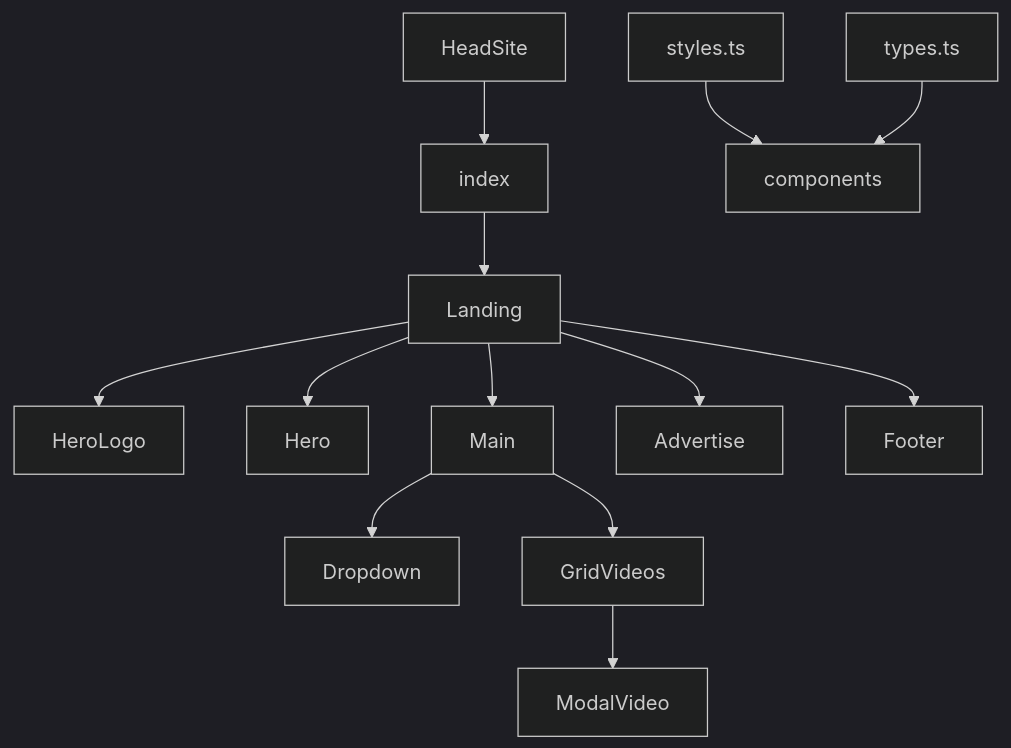
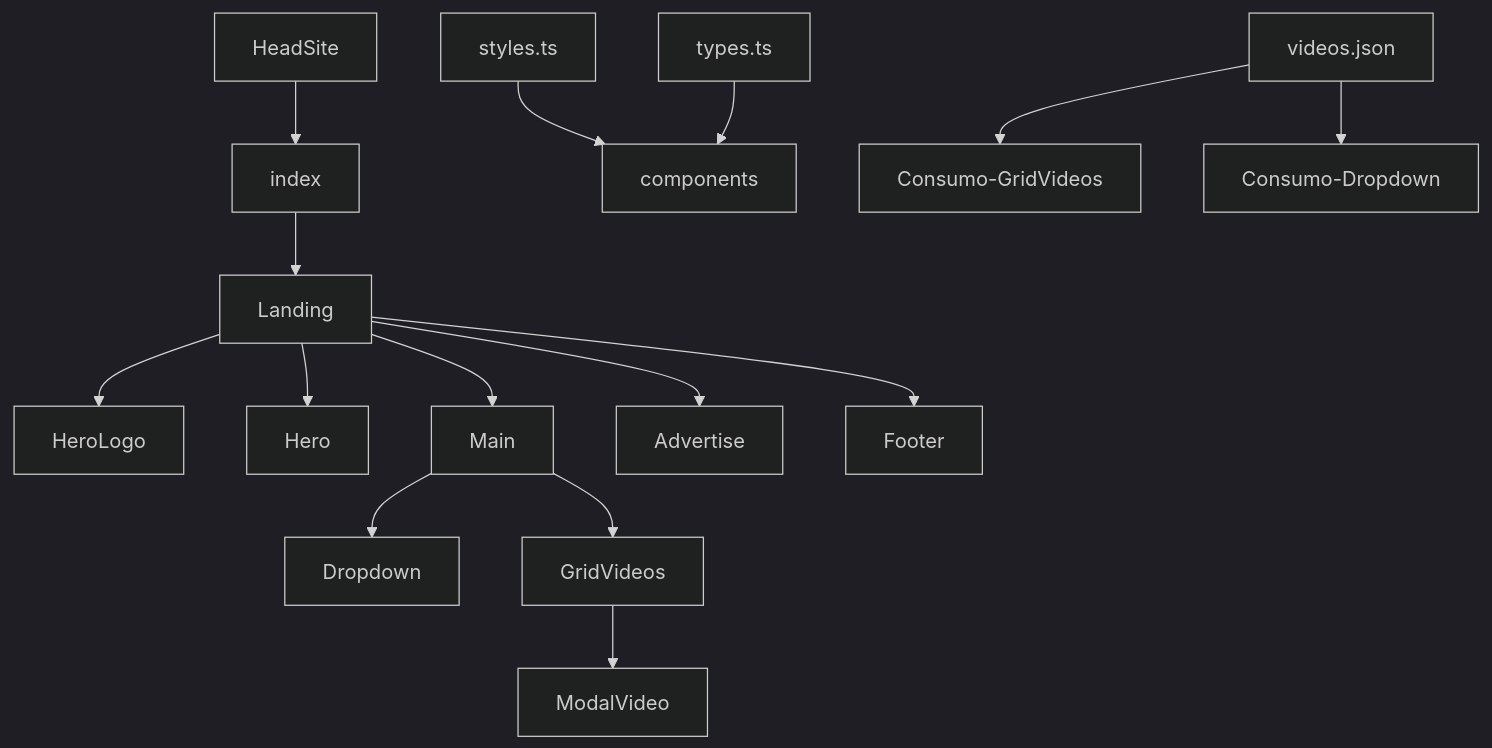
The first of 2 diagrams in README.md (Ftarganski/leadster), drawn with Mermaid before and after one commit. The commit also changed other lines of this file, not shown here.

````diff
--- a/README.md
+++ b/README.md
@@ -30,16 +33,18 @@
 ```mermaid
 %%{init: { 'theme': 'dark' } }%%
 flowchart TD;
     HeadSite-->index;
     index-->Landing;
     Landing-->HeroLogo;
     Landing-->Hero;
     Landing-->Main;
     Landing-->Advertise;
     Landing-->Footer;
     Main-->Dropdown;
     Main-->GridVideos;
     GridVideos-->ModalVideo;
     styles.ts-->components;
     types.ts-->components;
+    videos.json-->Consumo-GridVideos;
+    videos.json-->Consumo-Dropdown;
 ```
````
